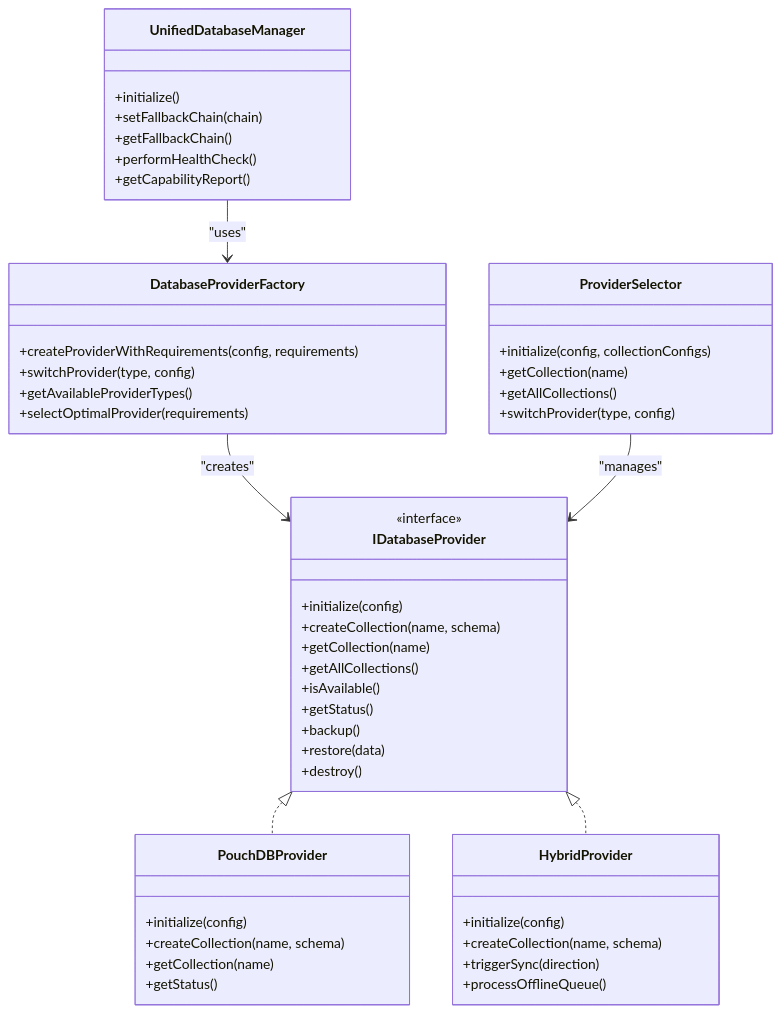
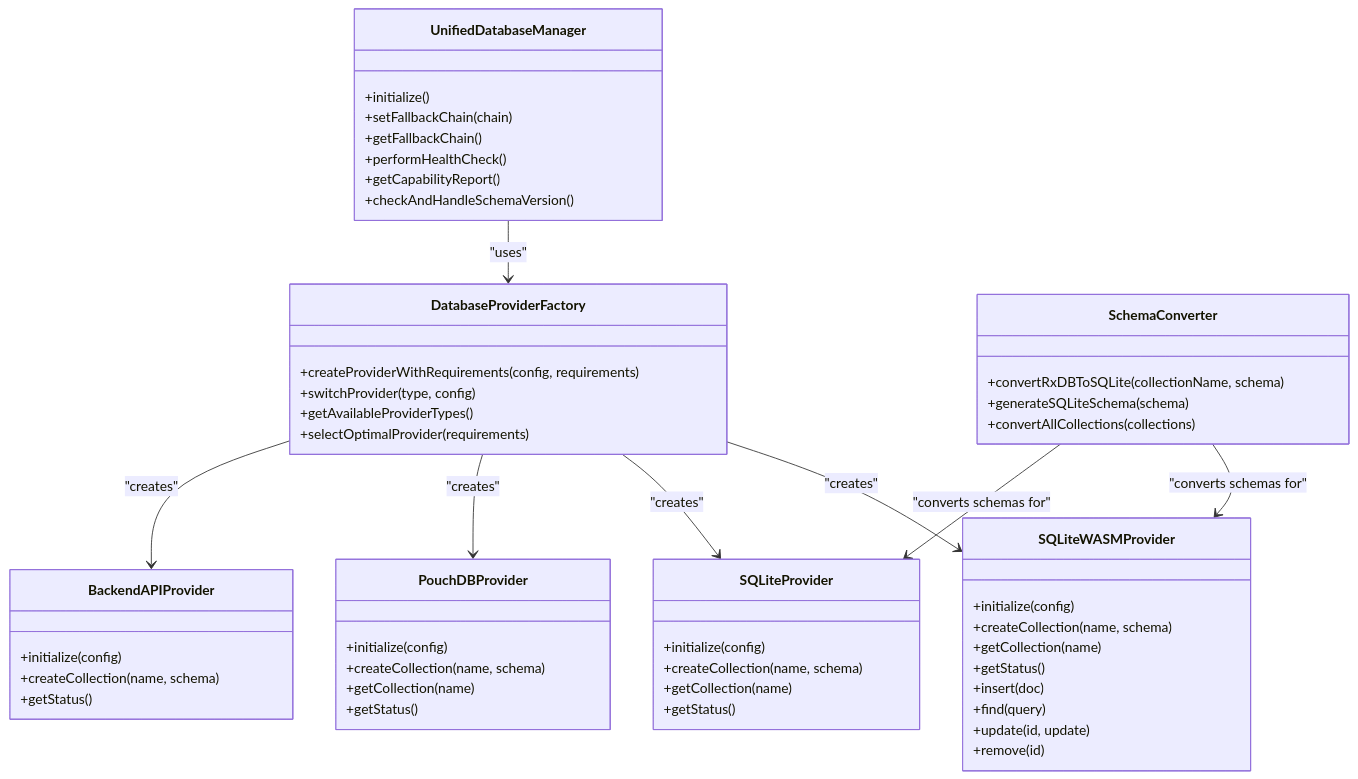
The second of 2 diagrams in .qoder/repowiki/en/content/Architecture Overview/Data Layer Architecture.md (geniusdynamics/schoolpilot), drawn with Mermaid before and after one commit. The commit also changed other lines of this file and 16 other files, not shown here.

````diff
--- a/.qoder/repowiki/en/content/Architecture Overview/Data Layer Architecture.md
+++ b/.qoder/repowiki/en/content/Architecture Overview/Data Layer Architecture.md
@@ -122,51 +179,56 @@
 ```mermaid
 classDiagram
 class UnifiedDatabaseManager {
 +initialize()
 +setFallbackChain(chain)
 +getFallbackChain()
 +performHealthCheck()
 +getCapabilityReport()
++checkAndHandleSchemaVersion()
 }
 class DatabaseProviderFactory {
 +createProviderWithRequirements(config, requirements)
 +switchProvider(type, config)
 +getAvailableProviderTypes()
 +selectOptimalProvider(requirements)
 }
-class IDatabaseProvider {
-<<interface>>
+class SchemaConverter {
++convertRxDBToSQLite(collectionName, schema)
++generateSQLiteSchema(schema)
++convertAllCollections(collections)
+}
+class SQLiteWASMProvider {
 +initialize(config)
 +createCollection(name, schema)
 +getCollection(name)
-+getAllCollections()
-+isAvailable()
 +getStatus()
-+backup()
-+restore(data)
-+destroy()
++insert(doc)
++find(query)
++update(id, update)
++remove(id)
+}
+class SQLiteProvider {
++initialize(config)
++createCollection(name, schema)
++getCollection(name)
++getStatus()
 }
 class PouchDBProvider {
 +initialize(config)
 +createCollection(name, schema)
 +getCollection(name)
 +getStatus()
 }
-class HybridProvider {
+class BackendAPIProvider {
 +initialize(config)
 +createCollection(name, schema)
-+triggerSync(direction)
-+processOfflineQueue()
-}
-class ProviderSelector {
-+initialize(config, collectionConfigs)
-+getCollection(name)
-+getAllCollections()
-+switchProvider(type, config)
++getStatus()
 }
 UnifiedDatabaseManager --> DatabaseProviderFactory : "uses"
-DatabaseProviderFactory --> IDatabaseProvider : "creates"
-IDatabaseProvider <|.. PouchDBProvider
-IDatabaseProvider <|.. HybridProvider
-ProviderSelector --> IDatabaseProvider : "manages"
+DatabaseProviderFactory --> SQLiteWASMProvider : "creates"
+DatabaseProviderFactory --> SQLiteProvider : "creates"
+DatabaseProviderFactory --> PouchDBProvider : "creates"
+DatabaseProviderFactory --> BackendAPIProvider : "creates"
+SchemaConverter --> SQLiteWASMProvider : "converts schemas for"
+SchemaConverter --> SQLiteProvider : "converts schemas for"
 ```
````
